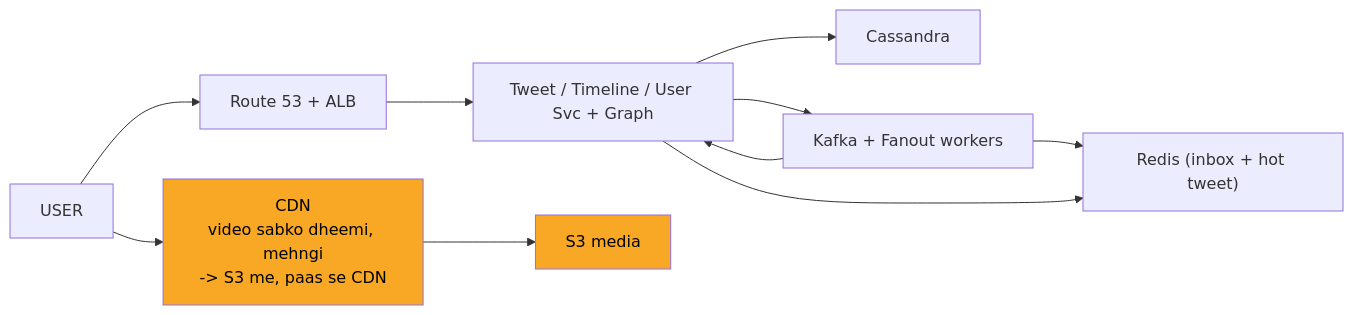
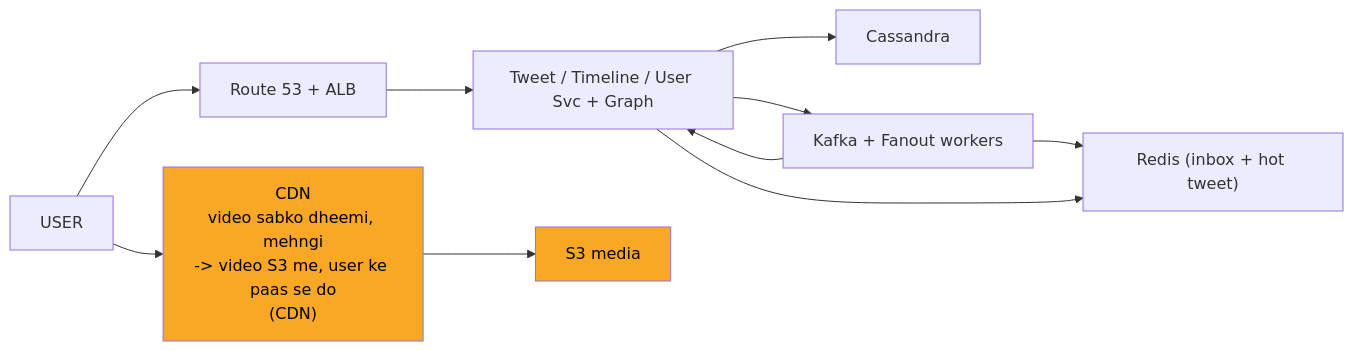
Before and after one commit to ArpanMaheshwari144/Prep: diagram 11 of 12 in 04_HLD/SYSTEM_DESIGNS/03_twitter_feed/03_twitter_feed.md, drawn with Mermaid. The commit also changed other lines of this file and 13 other files, not shown here.

````diff
--- a/04_HLD/SYSTEM_DESIGNS/03_twitter_feed/03_twitter_feed.md
+++ b/04_HLD/SYSTEM_DESIGNS/03_twitter_feed/03_twitter_feed.md
@@ -412,22 +412,22 @@
 ```mermaid
 flowchart LR
     n_USER["USER"]
     n_EDGE["Route 53 + ALB"]
-    n_CDN["CDN<br/>video sabko dheemi, mehngi<br/>-> S3 me, paas se CDN"]
+    n_CDN["CDN<br/>video sabko dheemi, mehngi<br/>-> video S3 me, user ke paas se do<br/>(CDN)"]
     n_SVC["Tweet / Timeline / User Svc + Graph"]
     n_Cassandra["Cassandra"]
     n_FAN["Kafka + Fanout workers"]
     n_RI["Redis (inbox + hot tweet)"]
     n_S3["S3 media"]
     n_USER --> n_EDGE
     n_EDGE --> n_SVC
     n_SVC --> n_Cassandra
     n_SVC --> n_FAN
     n_FAN --> n_RI
     n_SVC --> n_RI
     n_FAN --> n_SVC
     n_USER --> n_CDN
     n_CDN --> n_S3
     style n_CDN fill:#f9a825,color:#000
     style n_S3 fill:#f9a825,color:#000
 ```
````
